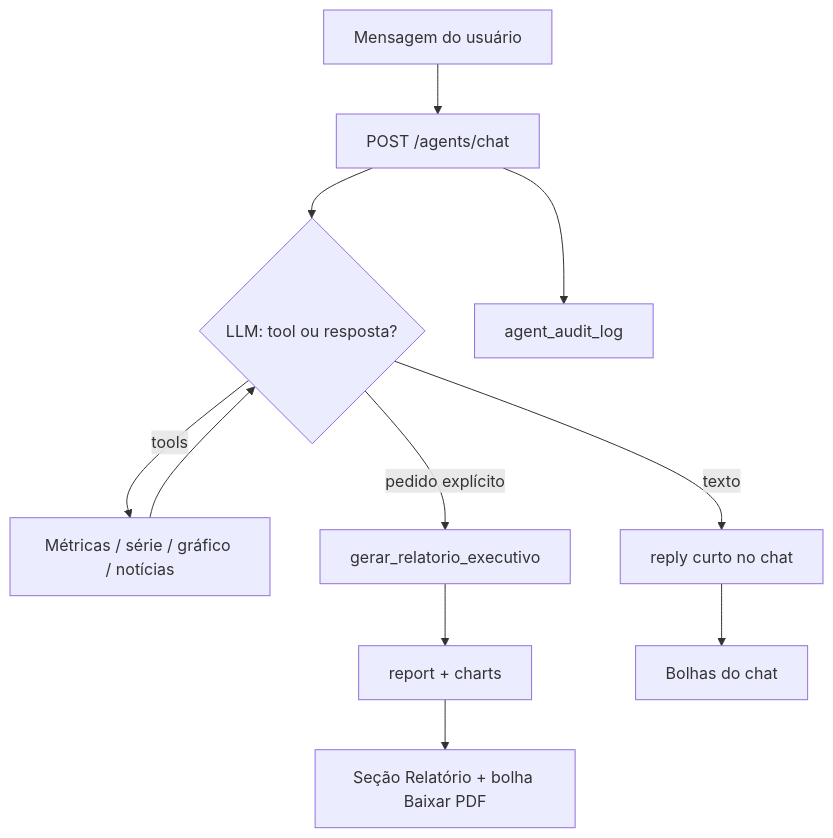
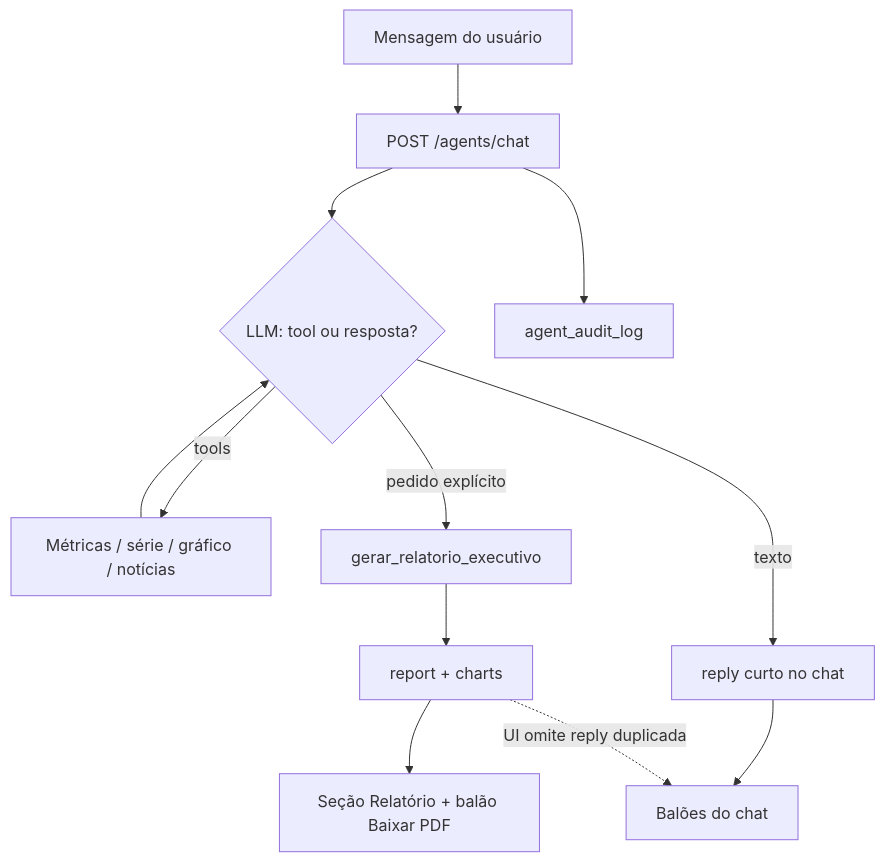
One commit to johnwsl/srag-data-health-agent-monitor changed the second of 2 diagrams in docs/Resumo_Arquitetura_Solucao.md. Above: the diagram before and after it, drawn with Mermaid. The commit also changed other lines of this file and 6 other files, not shown here.

````diff
--- a/docs/Resumo_Arquitetura_Solucao.md
+++ b/docs/Resumo_Arquitetura_Solucao.md
@@ -118,13 +118,14 @@
 ```mermaid
 flowchart TD
     U[Mensagem do usuário] --> Chat[POST /agents/chat]
     Chat --> ReAct{LLM: tool ou resposta?}
     ReAct -->|tools| T[Métricas / série / gráfico / notícias]
     T --> ReAct
     ReAct -->|pedido explícito| Rel[gerar_relatorio_executivo]
     Rel --> Report[report + charts]
     ReAct -->|texto| Reply[reply curto no chat]
     Chat --> Aud[agent_audit_log]
-    Report --> UI[Seção Relatório + bolha Baixar PDF]
-    Reply --> Bubbles[Bolhas do chat]
+    Report --> UI[Seção Relatório + balão Baixar PDF]
+    Reply --> Bubbles[Balões do chat]
+    Report -.->|UI omite reply duplicada| Bubbles
 ```
````
